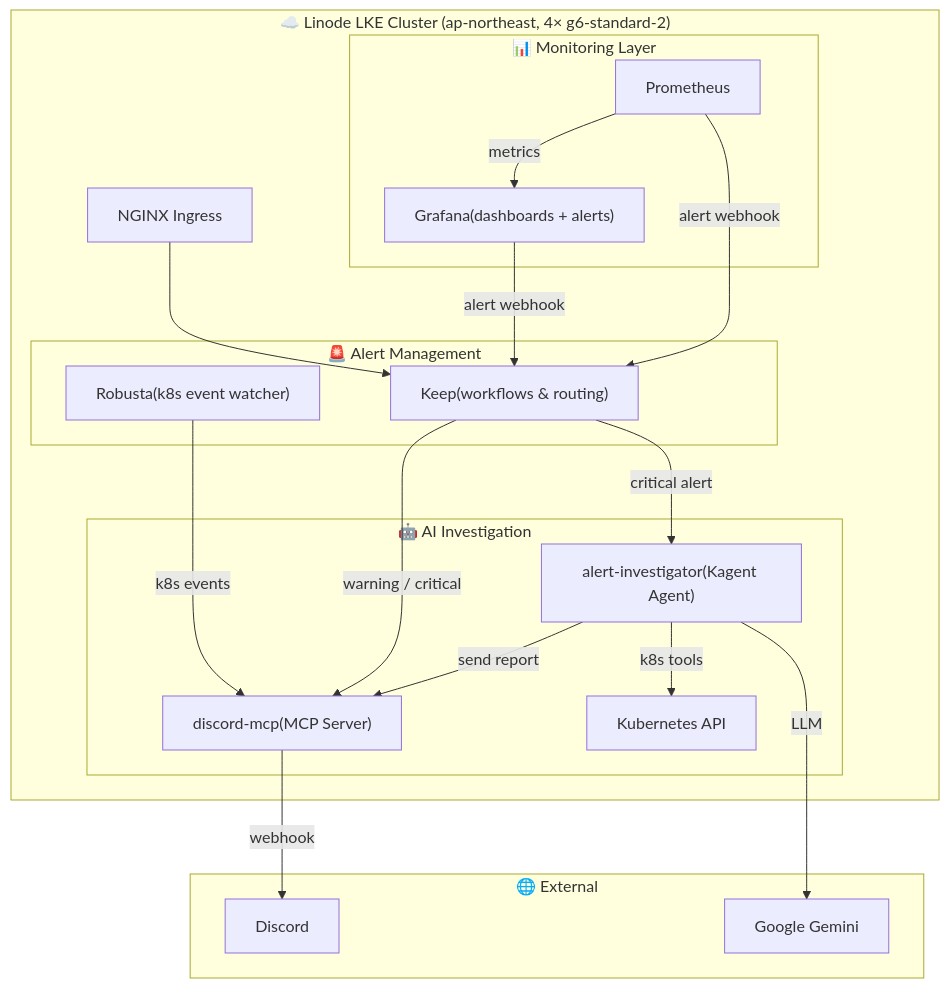
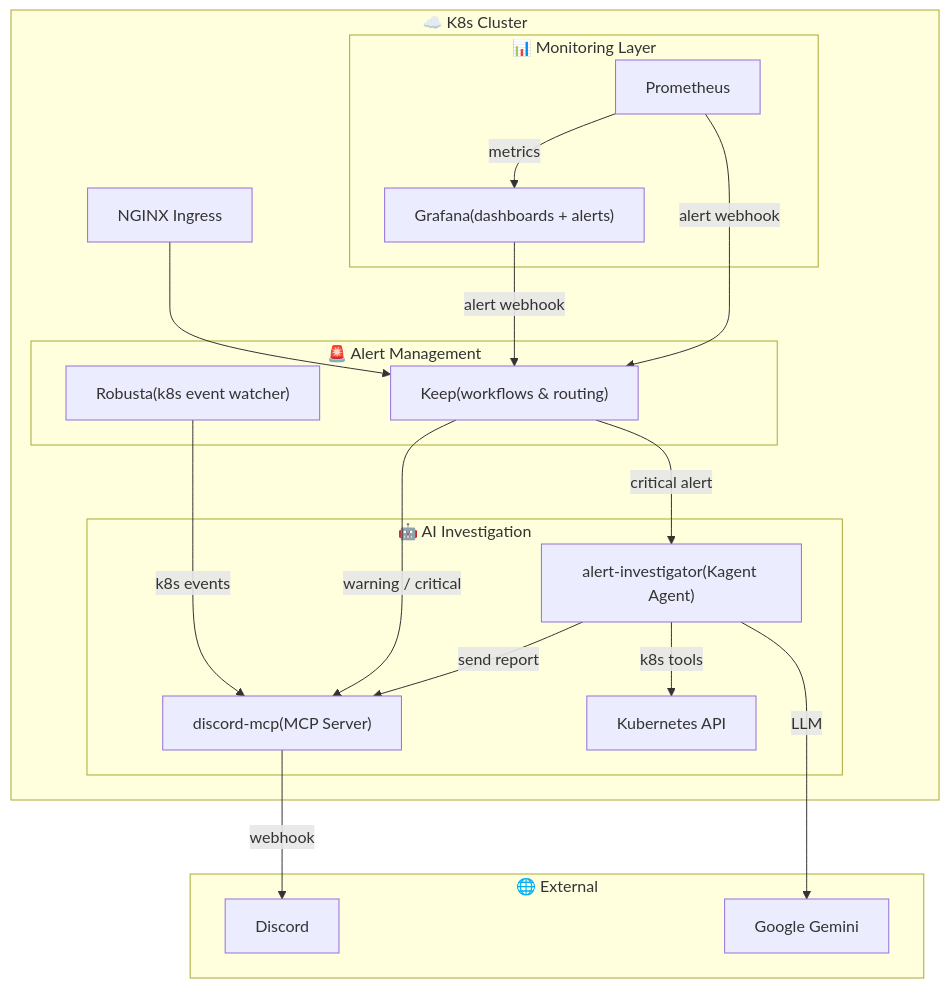
One commit to linsheng24/kagent-aiops-infra-iac changed the first of 2 diagrams in README.md. Above: the diagram before and after it, drawn with Mermaid. The commit also changed other lines of this file, not shown here.

````diff
--- a/README.md
+++ b/README.md
@@ -9,41 +9,41 @@
 ```mermaid
 graph TB
-    subgraph LKE["☁️ Linode LKE Cluster (ap-northeast, 4× g6-standard-2)"]
+    subgraph K8s["☁️ K8s Cluster"]
 
         subgraph Monitoring["📊 Monitoring Layer"]
             Prometheus["Prometheus"]
             Grafana["Grafana(dashboards + alerts)"]
             Prometheus -->|metrics| Grafana
         end
 
         subgraph AlertMgmt["🚨 Alert Management"]
             Keep["Keep(workflows & routing)"]
             Robusta["Robusta(k8s event watcher)"]
         end
 
         subgraph AI["🤖 AI Investigation"]
             Agent["alert-investigator(Kagent Agent)"]
             DiscordMCP["discord-mcp(MCP Server)"]
             K8sAPI["Kubernetes API"]
             Agent -->|k8s tools| K8sAPI
             Agent -->|send report| DiscordMCP
         end
 
         NGINX["NGINX Ingress"]
 
         Prometheus -->|alert webhook| Keep
         Grafana -->|alert webhook| Keep
         Keep -->|critical alert| Agent
         Keep -->|warning / critical| DiscordMCP
         Robusta -->|k8s events| DiscordMCP
         NGINX --> Keep
     end
 
     subgraph External["🌐 External"]
         Discord["Discord"]
         Gemini["Google Gemini"]
     end
 
     DiscordMCP -->|webhook| Discord
     Agent -->|LLM| Gemini
 ```
````
